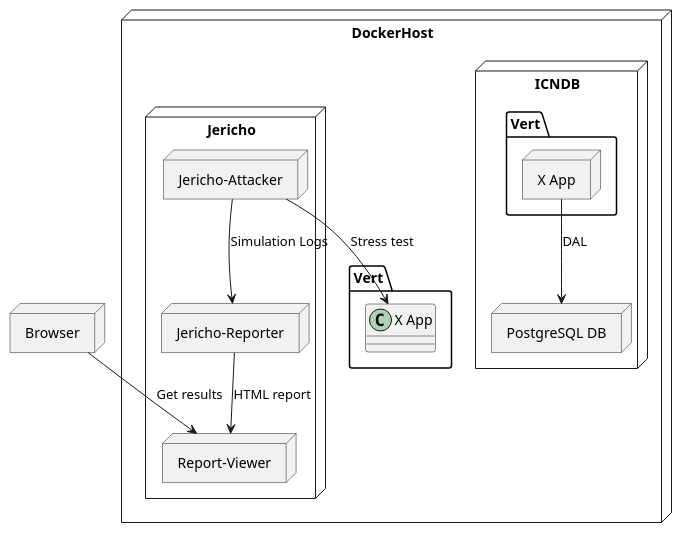
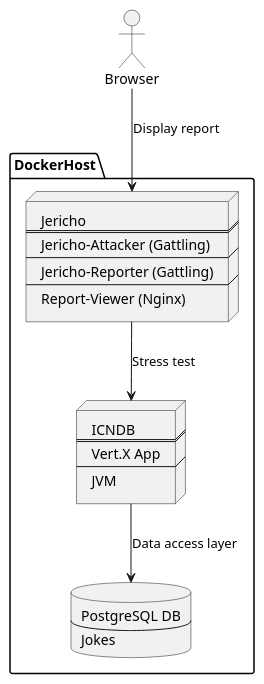
The diagram in assets/Deployment.plantuml (prskr/SA-Jericho), drawn with PlantUML before and after one commit. The commit also changed 6 other files, not shown here.

```diff
--- a/assets/Deployment.plantuml
+++ b/assets/Deployment.plantuml
@@ -1,32 +1,37 @@
 @startuml JerichoDeployemnt
 
-node DockerHost {
-    node ICNDB {
-        node "Vert.X App" {
-        }
-        node "PostgreSQL DB" {
-        }
-    "Vert.X App" --> "PostgreSQL DB": DAL
-    }
-    node Jericho {
+actor Browser
 
-        node Jericho-Attacker {
-        }
-        node Jericho-Reporter {
-        }
-        node Report-Viewer {
-        }
+folder DockerHost {
 
-        "Jericho-Attacker" --> "Jericho-Reporter" : Simulation Logs
-        "Jericho-Reporter" --> "Report-Viewer": HTML report
-    }
+    node ICNDB [
+    ICNDB
+    ===
+    Vert.X App
+    ---
+    JVM
+    ]
 
-"Jericho-Attacker" --> "Vert.X App" : Stress test
+    database PostgreSQL [
+        PostgreSQL DB
+        ---
+        Jokes
+    ]
+
+    node Jericho [
+    Jericho
+    ===
+    Jericho-Attacker (Gattling)
+    ---
+    Jericho-Reporter (Gattling)
+    ---
+    Report-Viewer (Nginx)
+    ]
+
 }
 
-node Browser {
-}
-
-Browser --> "Report-Viewer" : Get results
+ICNDB --> PostgreSQL: Data access layer
+Jericho --> ICNDB: Stress test
+Browser --> Jericho: Display report
 
 @enduml
```
